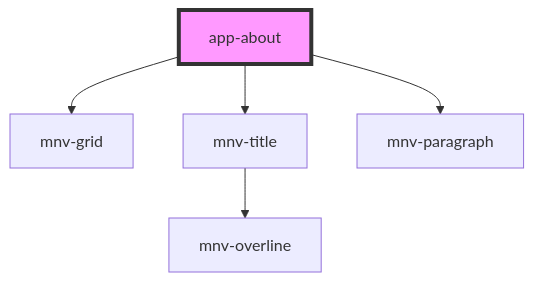
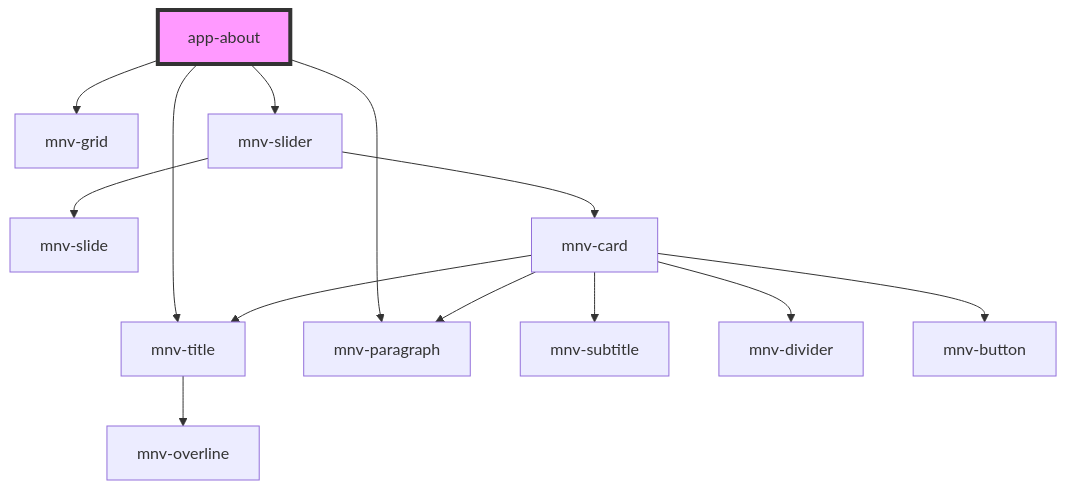
One commit to rafaela-vairo/ufrj-sustainable changed the diagram in src/components/sections/app-about/readme.md. Above: the diagram before and after it, drawn with Mermaid. The commit also changed other lines of this file and 13 other files, not shown here.

Commit message:
Progresso em mnv-slider e ajuste de mnv-card, mnv-footer, app-about

````diff
--- a/src/components/sections/app-about/readme.md
+++ b/src/components/sections/app-about/readme.md
@@ -17,8 +27,16 @@
 ```mermaid
 graph TD;
   app-about --> mnv-grid
   app-about --> mnv-title
   app-about --> mnv-paragraph
+  app-about --> mnv-slider
   mnv-title --> mnv-overline
+  mnv-slider --> mnv-slide
+  mnv-slider --> mnv-card
+  mnv-card --> mnv-title
+  mnv-card --> mnv-subtitle
+  mnv-card --> mnv-divider
+  mnv-card --> mnv-paragraph
+  mnv-card --> mnv-button
   style app-about fill:#f9f,stroke:#333,stroke-width:4px
 ```
````
